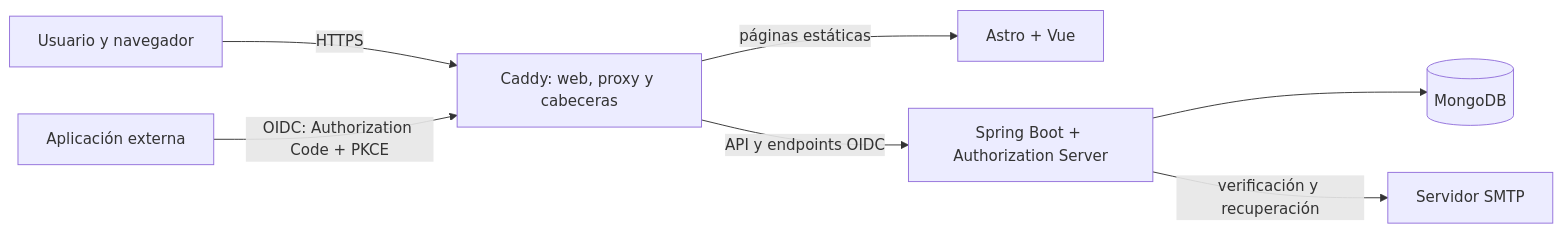
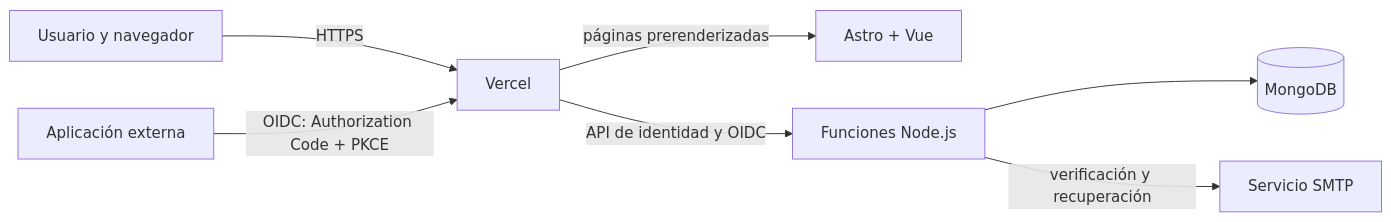
One commit to Spinnin34/KarmancosID changed the diagram in docs/ARCHITECTURE.md. Above: the diagram before and after it, drawn with Mermaid. The commit also changed other lines of this file and 39 other files, not shown here.

Commit message:
feat(identity): run identity API as Astro serverless functions

````diff
--- a/docs/ARCHITECTURE.md
+++ b/docs/ARCHITECTURE.md
@@ -7,9 +7,9 @@
 ```mermaid
 flowchart LR
-    Browser[Usuario y navegador] -->|HTTPS| Caddy[Caddy: web, proxy y cabeceras]
-    Caddy -->|páginas estáticas| Astro[Astro + Vue]
-    Caddy -->|API y endpoints OIDC| Spring[Spring Boot + Authorization Server]
-    Spring --> Mongo[(MongoDB)]
-    Spring -->|verificación y recuperación| SMTP[Servidor SMTP]
-    Client[Aplicación externa] -->|OIDC: Authorization Code + PKCE| Caddy
+    Browser[Usuario y navegador] -->|HTTPS| Vercel[Vercel]
+    Vercel -->|páginas prerenderizadas| Astro[Astro + Vue]
+    Vercel -->|API de identidad y OIDC| Functions[Funciones Node.js]
+    Functions --> Mongo[(MongoDB)]
+    Functions -->|verificación y recuperación| SMTP[Servicio SMTP]
+    Client[Aplicación externa] -->|OIDC: Authorization Code + PKCE| Vercel
 ```
````
